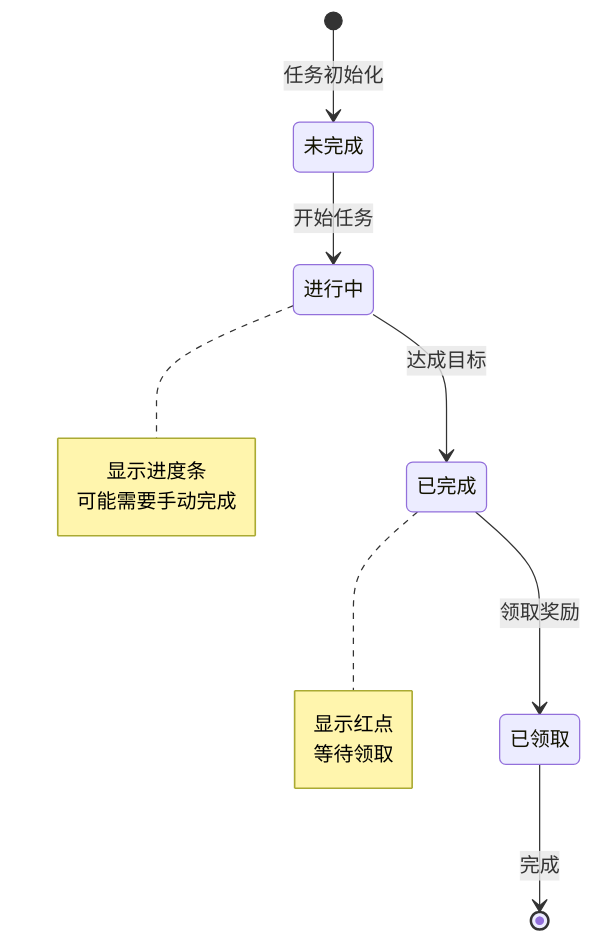
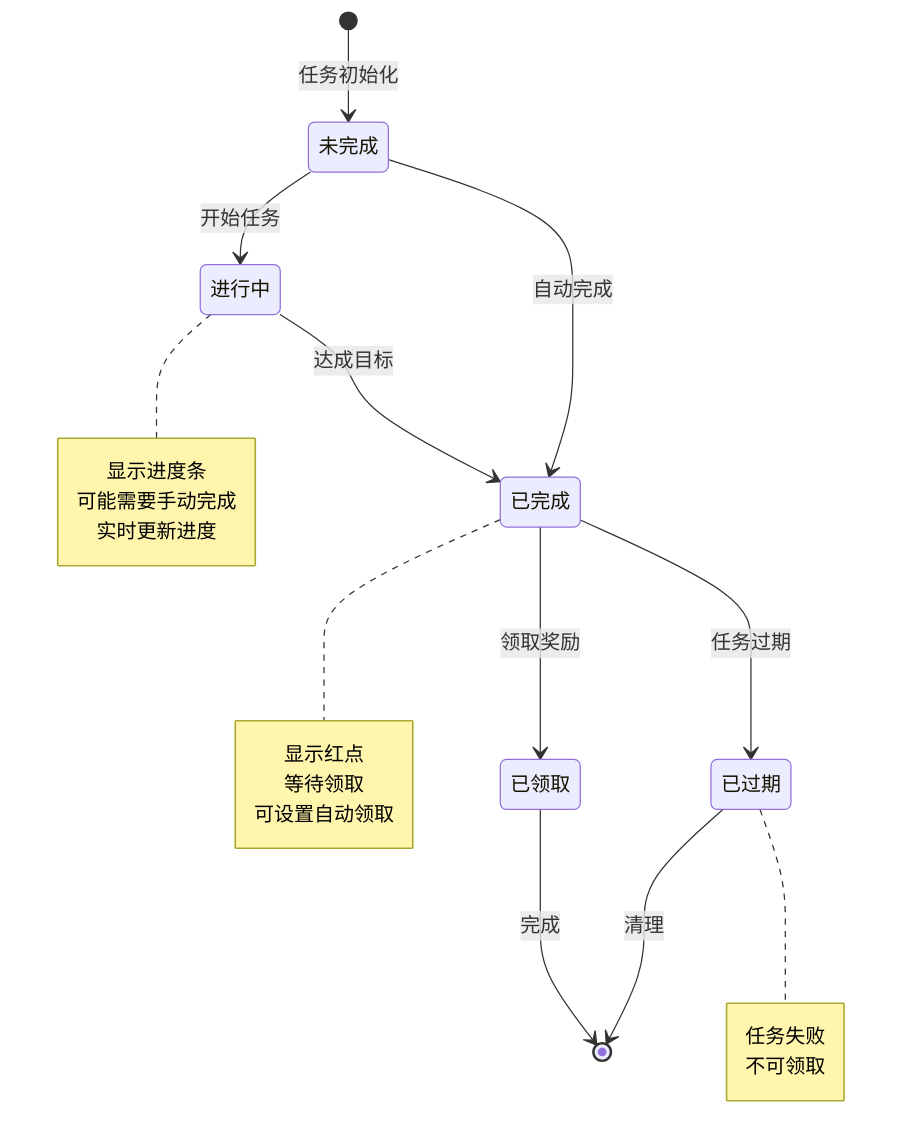
Before and after one commit to Alan-Ben/k2c_game_framework: the sixth of 12 diagrams in docs/Module_Activity/06_实现细节.md, drawn with Mermaid. The commit also changed other lines of this file and 75 other files, not shown here.

````diff
--- a/docs/Module_Activity/06_实现细节.md
+++ b/docs/Module_Activity/06_实现细节.md
@@ -109,18 +586,30 @@
 ```mermaid
 stateDiagram-v2
     [*] --> 未完成: 任务初始化
+    
     未完成 --> 进行中: 开始任务
     进行中 --> 已完成: 达成目标
     已完成 --> 已领取: 领取奖励
     已领取 --> [*]: 完成
-
+    
+    未完成 --> 已完成: 自动完成
+    已完成 --> 已过期: 任务过期
+    已过期 --> [*]: 清理
+    
     note right of 进行中
         显示进度条
         可能需要手动完成
+        实时更新进度
     end note
-
+    
     note right of 已完成
         显示红点
         等待领取
+        可设置自动领取
+    end note
+    
+    note right of 已过期
+        任务失败
+        不可领取
     end note
 ```
````
